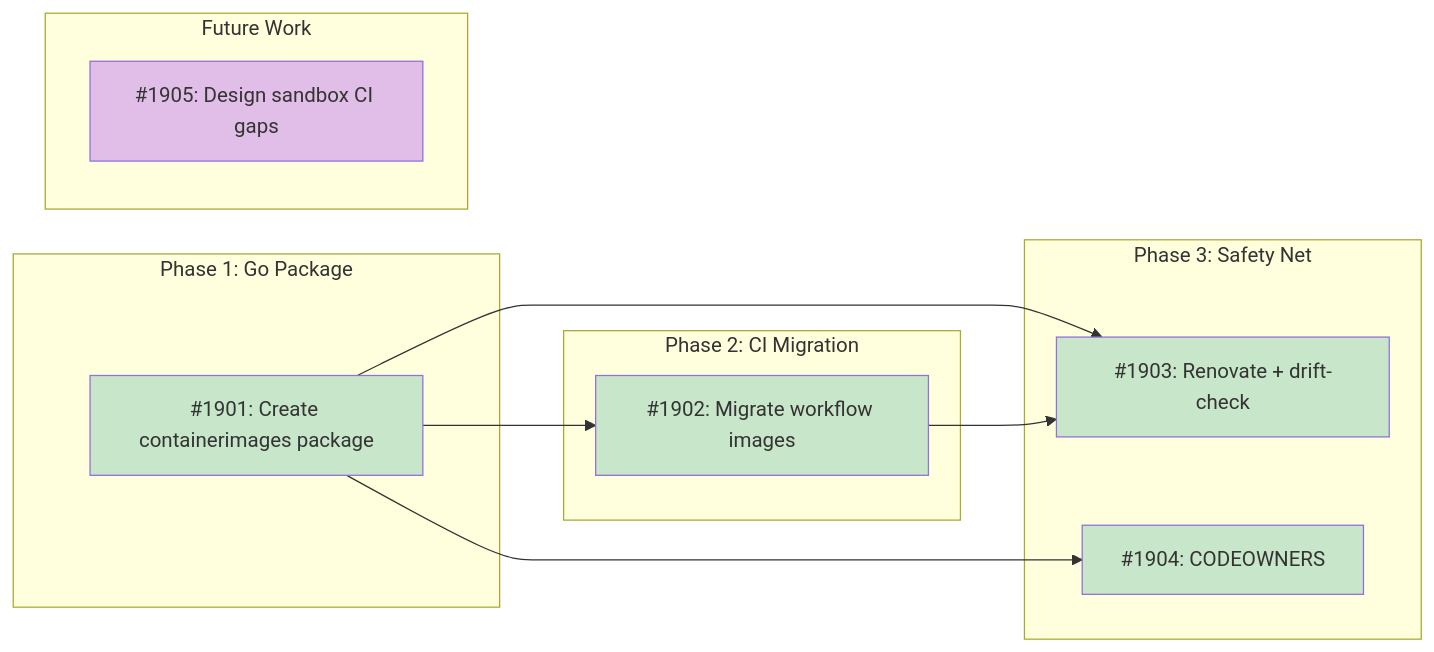
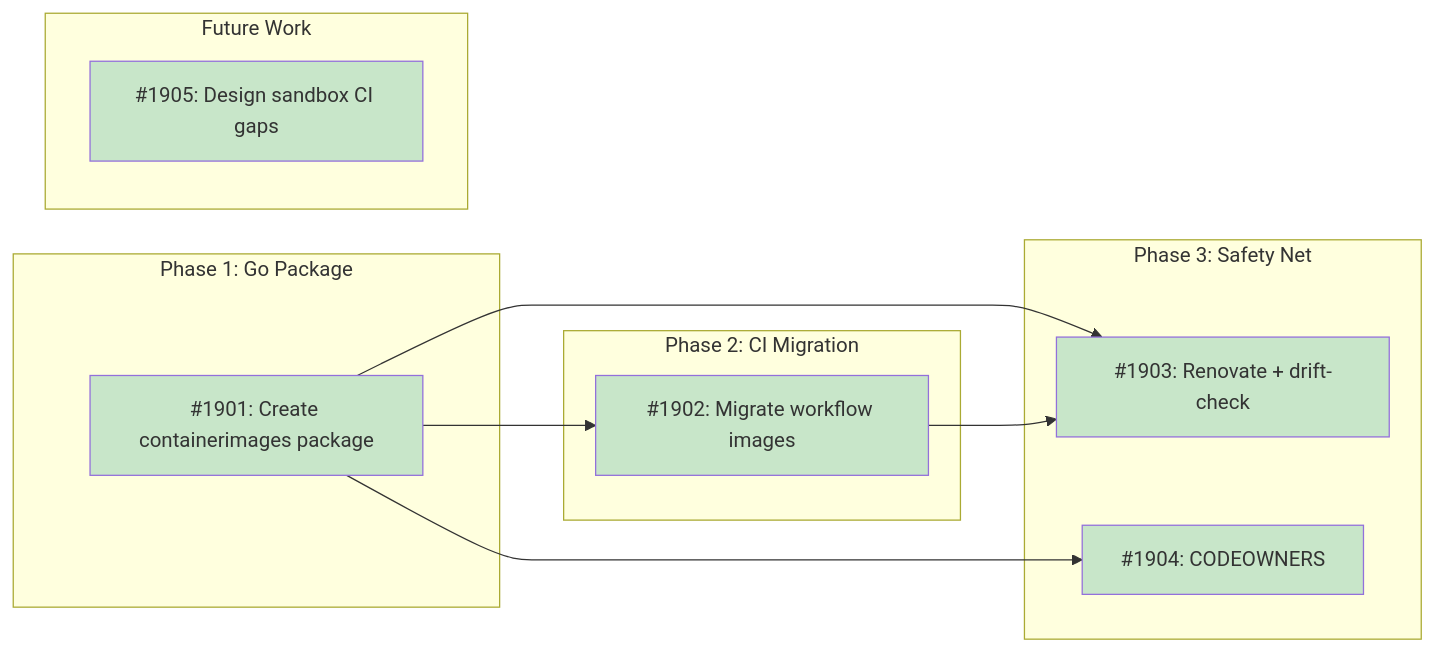
The diagram in docs/designs/DESIGN-sandbox-image-unification.md (tsukumogami/tsuku), drawn with Mermaid before and after one commit. The commit also changed other lines of this file and 124 other files, not shown here.

````diff
--- a/docs/designs/DESIGN-sandbox-image-unification.md
+++ b/docs/designs/DESIGN-sandbox-image-unification.md
@@ -53,36 +54,36 @@
 ```mermaid
 graph LR
     subgraph Phase1["Phase 1: Go Package"]
         I1901["#1901: Create containerimages package"]
     end
 
     subgraph Phase2["Phase 2: CI Migration"]
         I1902["#1902: Migrate workflow images"]
     end
 
     subgraph Phase3["Phase 3: Safety Net"]
         I1903["#1903: Renovate + drift-check"]
         I1904["#1904: CODEOWNERS"]
     end
 
     subgraph Future["Future Work"]
         I1905["#1905: Design sandbox CI gaps"]
     end
 
     I1901 --> I1902
     I1901 --> I1903
     I1901 --> I1904
     I1902 --> I1903
 
     classDef done fill:#c8e6c9
     classDef ready fill:#bbdefb
     classDef blocked fill:#fff9c4
     classDef needsDesign fill:#e1bee7
     classDef tracksDesign fill:#FFE0B2,stroke:#F57C00,color:#000
 
     class I1901 done
     class I1902 done
     class I1904 done
     class I1903 done
-    class I1905 needsDesign
+    class I1905 done
 ```
````
